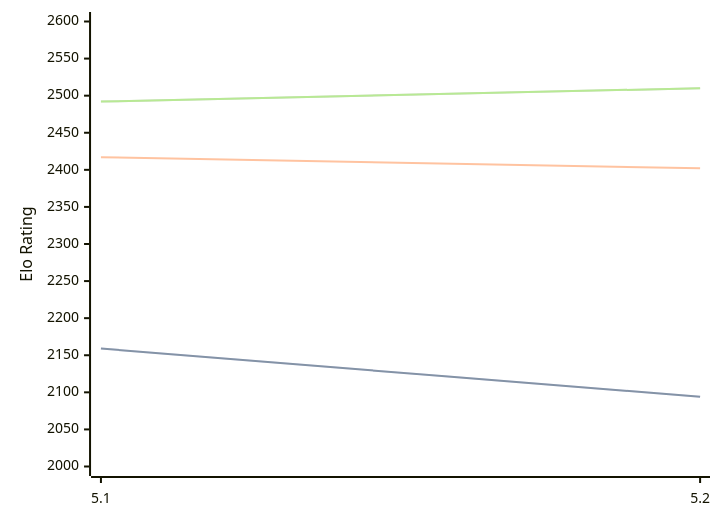
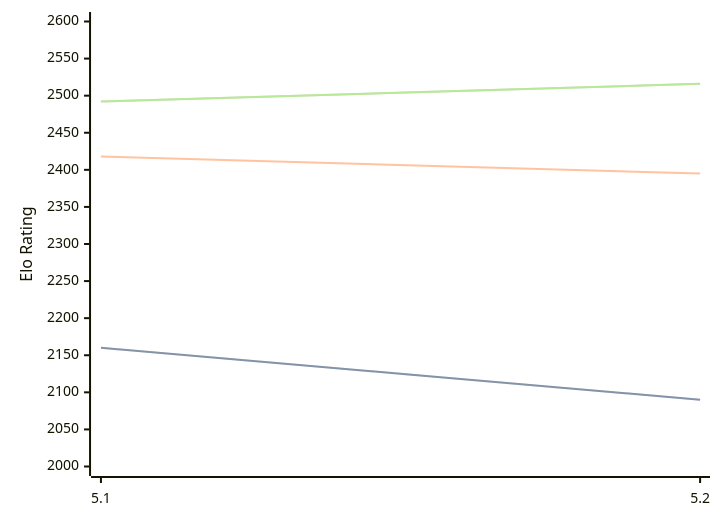
The diagram in engines/Prophet.md (computer-chess-index/cci), drawn with Mermaid before and after one commit. The commit also changed other lines of this file, not shown here.

Commit message:
Update CCI Ratings (ELO VLTC) - 2026-05-21

````diff
--- a/engines/Prophet.md
+++ b/engines/Prophet.md
@@ -38,11 +38,11 @@
 ```mermaid
 %%{init: {"theme":"base","themeVariables":{"seriesColors:['#a3a3a3','#222221','#faa371']}}}%%
 xychart-beta
   x-axis ["5.1", "5.2"]
   y-axis "Elo Rating" 2000 --> 2600
-  line "STC (8.0+0.08s)" [2159, 2094]
-  line "STC (8.0+0.08s)" [2159, 2094]
-  line "LTC (60.0+0.60s)" [2417, 2402]
-  line "VLTC (2m24s+1.12s)" [2492, 2510]
-  line "VLTC (2m24s+1.12s)" [2492, 2510]
+  line "STC (8.0+0.08s)" [2160, 2090]
+  line "STC (8.0+0.08s)" [2160, 2090]
+  line "LTC (60.0+0.60s)" [2418, 2395]
+  line "VLTC (2m24s+1.12s)" [2492, 2516]
+  line "VLTC (2m24s+1.12s)" [2492, 2516]
 ```
````
